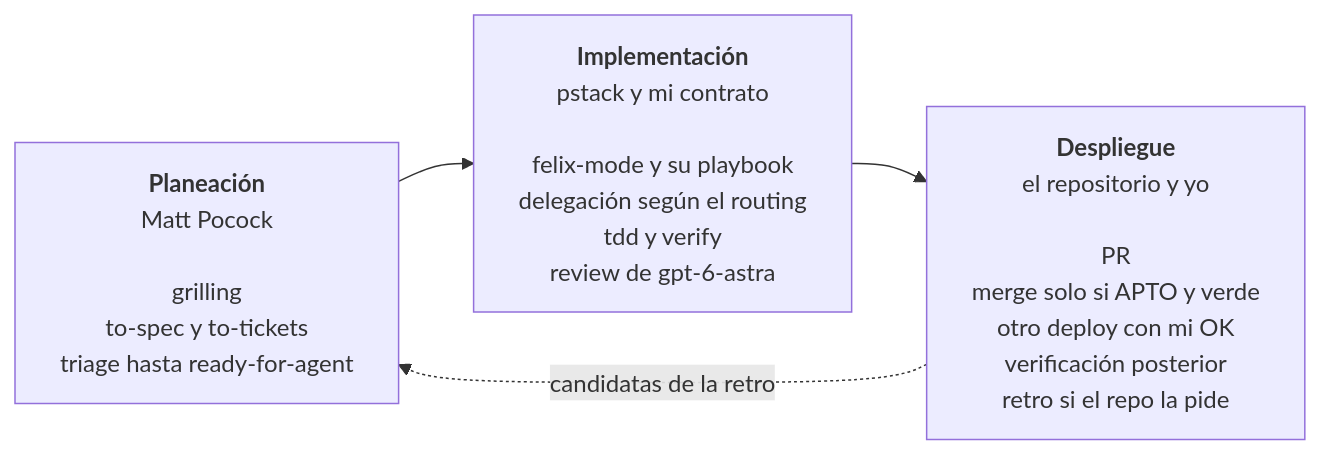
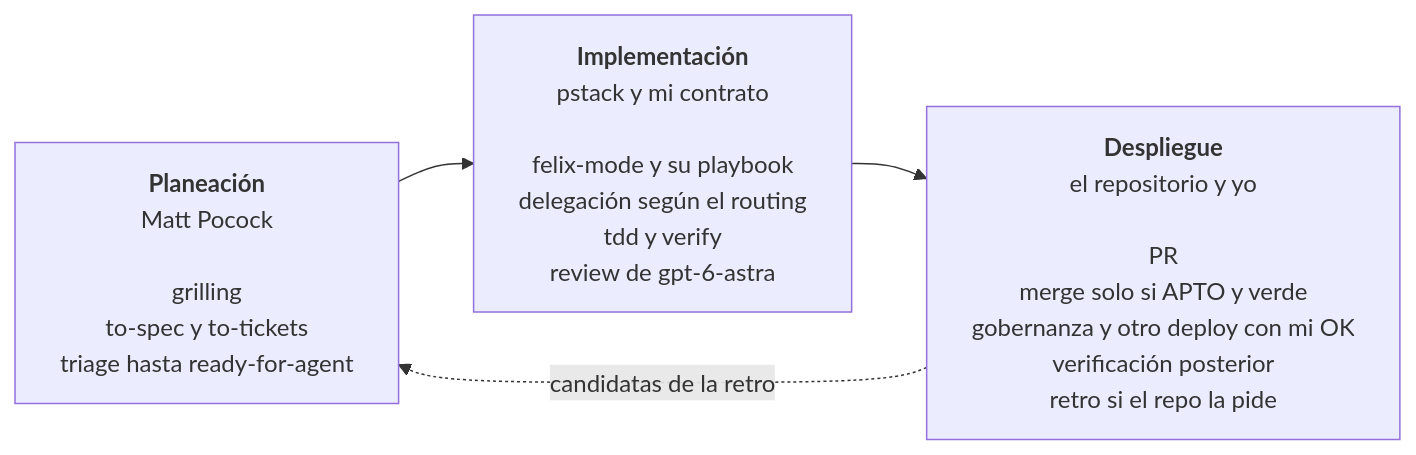
Before and after one commit to Cosmonaut-itc/felix-agent-engineering: the diagram in README.md, drawn with Mermaid. The commit also changed other lines of this file and 5 other files, not shown here.

First line of the commit message:
fix(felix-mode): verificador antes de merges que despliegan y gobernanza en merge-ready

````diff
--- a/README.md
+++ b/README.md
@@ -20,13 +20,13 @@
 ```mermaid
 ---
 config:
   flowchart:
     wrappingWidth: 320
 ---
 flowchart LR
   P["<b>Planeación</b><br/>Matt Pocock<br/><br/>grilling<br/>to-spec y to-tickets<br/>triage hasta ready-for-agent"]
   I["<b>Implementación</b><br/>pstack y mi contrato<br/><br/>felix-mode y su playbook<br/>delegación según el routing<br/>tdd y verify<br/>review de gpt-6-astra"]
-  D["<b>Despliegue</b><br/>el repositorio y yo<br/><br/>PR<br/>merge solo si APTO y verde<br/>otro deploy con mi OK<br/>verificación posterior<br/>retro si el repo la pide"]
+  D["<b>Despliegue</b><br/>el repositorio y yo<br/><br/>PR<br/>merge solo si APTO y verde<br/>gobernanza y otro deploy con mi OK<br/>verificación posterior<br/>retro si el repo la pide"]
   P --> I --> D
   D -.->|candidatas de la retro| P
 ```
````
